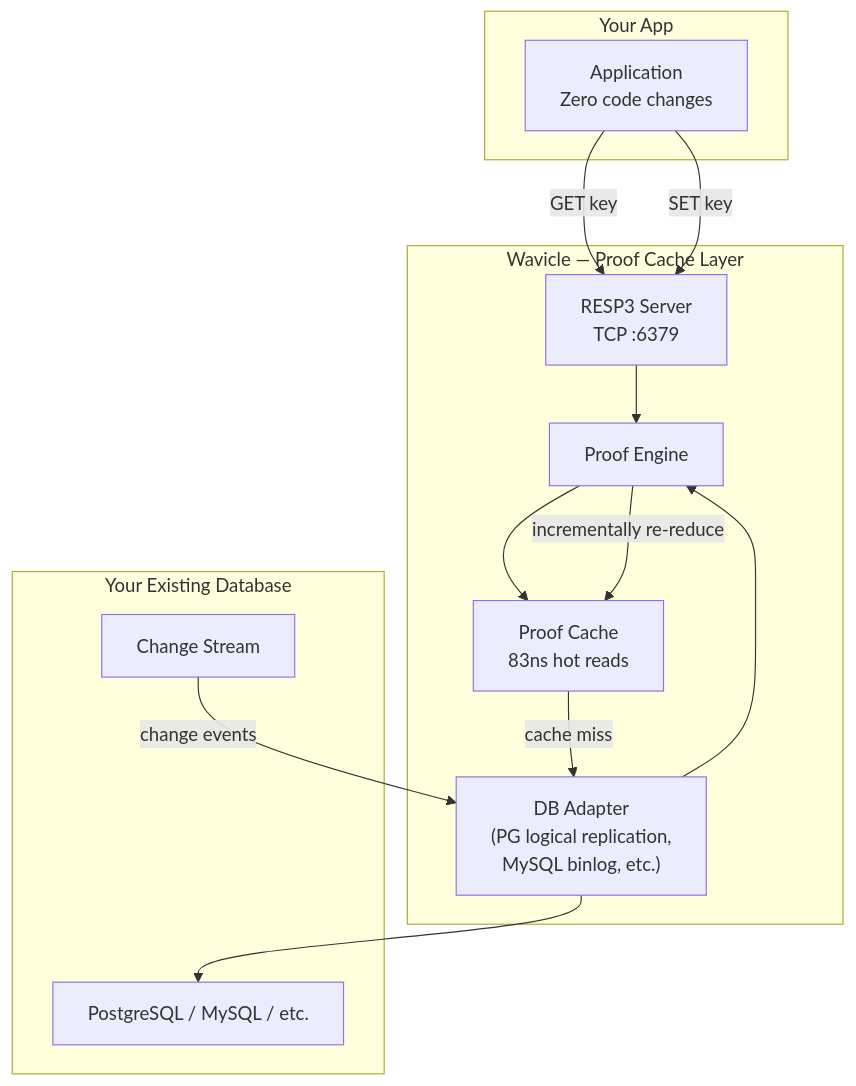
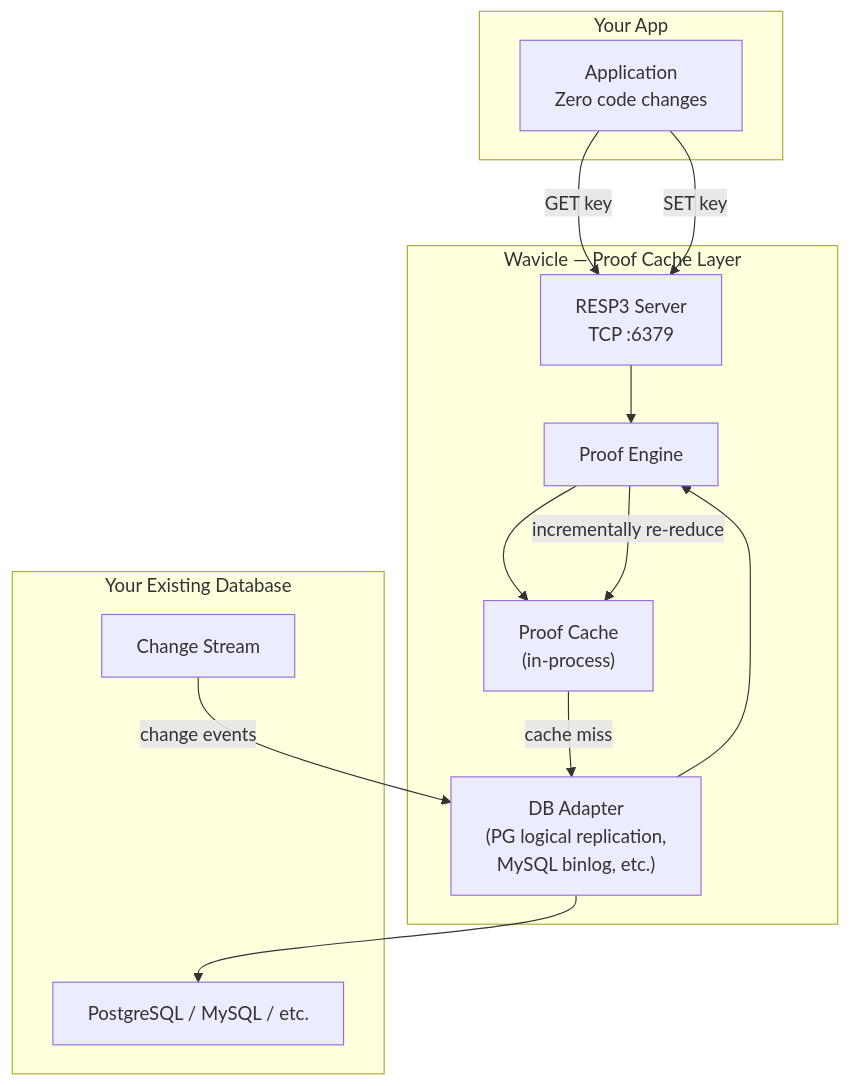
The second of 2 diagrams in readme.md (tanmayjoddar/wavicle), drawn with Mermaid before and after one commit. The commit also changed other lines of this file, not shown here.

````diff
--- a/readme.md
+++ b/readme.md
@@ -64,26 +63,26 @@
 ```mermaid
 graph TB
     subgraph "Your App"
         APP["Application<br/>Zero code changes"]
     end
 
     subgraph "Wavicle — Proof Cache Layer"
         RESP["RESP3 Server<br/>TCP :6379"]
         PE["Proof Engine"]
-        PC["Proof Cache<br/>83ns hot reads"]
+        PC["Proof Cache<br/>(in-process)"]
         ADAPT["DB Adapter<br/>(PG logical replication,<br/>MySQL binlog, etc.)"]
     end
 
     subgraph "Your Existing Database"
         DB["PostgreSQL / MySQL / etc."]
         CH["Change Stream"]
     end
 
     APP -->|"GET key"| RESP
     APP -->|"SET key"| RESP
     RESP --> PE
     PE --> PC
     PC -->|"cache miss"| ADAPT --> DB
     CH -->|"change events"| ADAPT --> PE
     PE -->|"incrementally re-reduce"| PC
 ```
````
